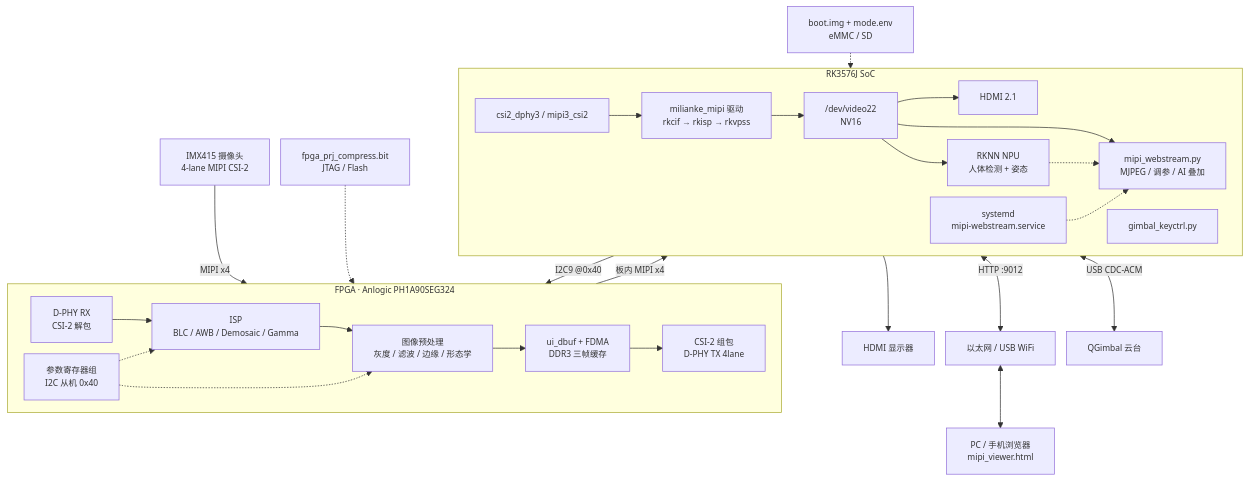
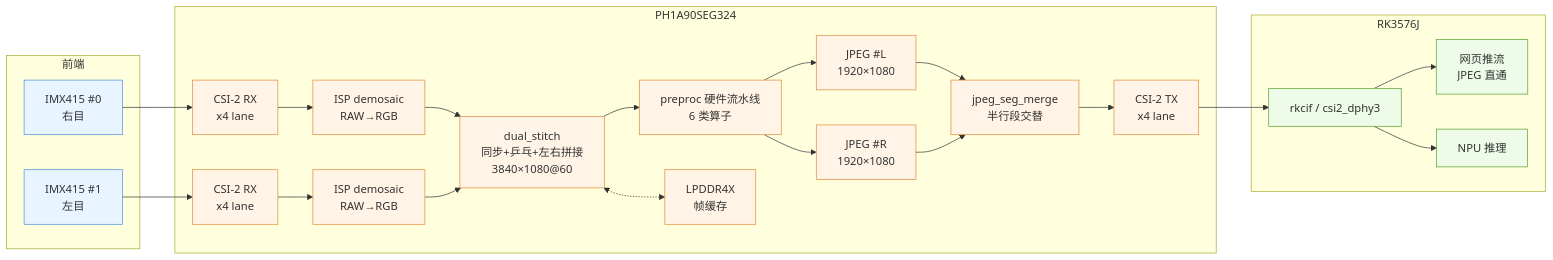
Before and after one commit to SHIKE888/CPA-Cloud-Patrol-Alarm: the diagram in README.md, drawn with Mermaid. The commit also changed other lines of this file and 1 other file, not shown here.

````diff
--- a/README.md
+++ b/README.md
@@ -118,37 +28,36 @@
 ```mermaid
-%%{init: {"themeVariables":{"fontSize":"12px"},"flowchart":{"nodeSpacing":16,"rankSpacing":22}}}%%
-flowchart TB
-    CAM["IMX415 摄像头<br/>4-lane MIPI CSI-2"]
-
-    subgraph FPGA["FPGA · Anlogic PH1A90SEG324"]
-        direction LR
-        RX["D-PHY RX<br/>CSI-2 解包"] --> ISP["ISP<br/>BLC / AWB / Demosaic / Gamma"]
-        ISP --> PP["图像预处理<br/>灰度 / 滤波 / 边缘 / 形态学"]
-        PP --> BUF["ui_dbuf + FDMA<br/>DDR3 三帧缓存"]
-        BUF --> TX["CSI-2 组包<br/>D-PHY TX 4lane"]
-        REG["参数寄存器组<br/>I2C 从机 0x40"] -.-> ISP
-        REG -.-> PP
+flowchart LR
+    subgraph SENS["前端"]
+        C0["IMX415 #0<br/>右目"]:::s
+        C1["IMX415 #1<br/>左目"]:::s
     end
-
-    subgraph RK["RK3576J SoC"]
-        direction LR
-        CSI["csi2_dphy3 / mipi3_csi2"] --> DRV["milianke_mipi 驱动<br/>rkcif → rkisp → rkvpss"]
-        DRV --> V22["/dev/video22<br/>NV16"]
-        V22 --> HDMI["HDMI 2.1"]
-        V22 --> SVC["mipi_webstream.py<br/>MJPEG / 调参 / AI 叠加"]
-        V22 --> NPU["RKNN NPU<br/>人体检测 + 姿态"]
-        NPU -.-> SVC
-        GCTRL["gimbal_keyctrl.py"]
-        SYS["systemd<br/>mipi-webstream.service"] -.-> SVC
+    subgraph FPGA["PH1A90SEG324"]
+        RX0["CSI-2 RX<br/>x4 lane"]:::f
+        RX1["CSI-2 RX<br/>x4 lane"]:::f
+        ISP0["ISP demosaic<br/>RAW→RGB"]:::f
+        ISP1["ISP demosaic<br/>RAW→RGB"]:::f
+        ST["dual_stitch<br/>同步+乒乓+左右拼接<br/>3840×1080@60"]:::f
+        PRE["preproc 硬件流水线<br/>6 类算子"]:::f
+        J0["JPEG #L<br/>1920×1080"]:::f
+        J1["JPEG #R<br/>1920×1080"]:::f
+        MRG["jpeg_seg_merge<br/>半行段交替"]:::f
+        TX["CSI-2 TX<br/>x4 lane"]:::f
+        DDR["LPDDR4X<br/>帧缓存"]:::f
     end
-
-    CAM -->|MIPI x4| RX
-    TX -->|板内 MIPI x4| CSI
-    HDMI --> DISP["HDMI 显示器"]
-    SVC <-->|HTTP :9012| NET["以太网 / USB WiFi"]
-    NET <--> CLIENT["PC / 手机浏览器<br/>mipi_viewer.html"]
-    SVC -->|I2C9 @0x40| REG
-    GCTRL <-->|USB CDC-ACM| GIM["QGimbal 云台"]
-    BIT["fpga_prj_compress.bit<br/>JTAG / Flash"] -.-> FPGA
-    BOOT["boot.img + mode.env<br/>eMMC / SD"] -.-> RK
+    subgraph RK["RK3576J"]
+        CIF["rkcif / csi2_dphy3"]:::r
+        WEB["网页推流<br/>JPEG 直通"]:::r
+        NPU["NPU 推理"]:::r
+    end
+    C0 --> RX0 --> ISP0 --> ST
+    C1 --> RX1 --> ISP1 --> ST
+    ST <-.-> DDR
+    ST --> PRE --> J0 --> MRG
+    PRE --> J1 --> MRG
+    MRG --> TX --> CIF
+    CIF --> WEB
+    CIF --> NPU
+    classDef s fill:#e8f4ff,stroke:#4a90d9
+    classDef f fill:#fff4e6,stroke:#e08b3a
+    classDef r fill:#eefbe8,stroke:#5aa02c
 ```
````
